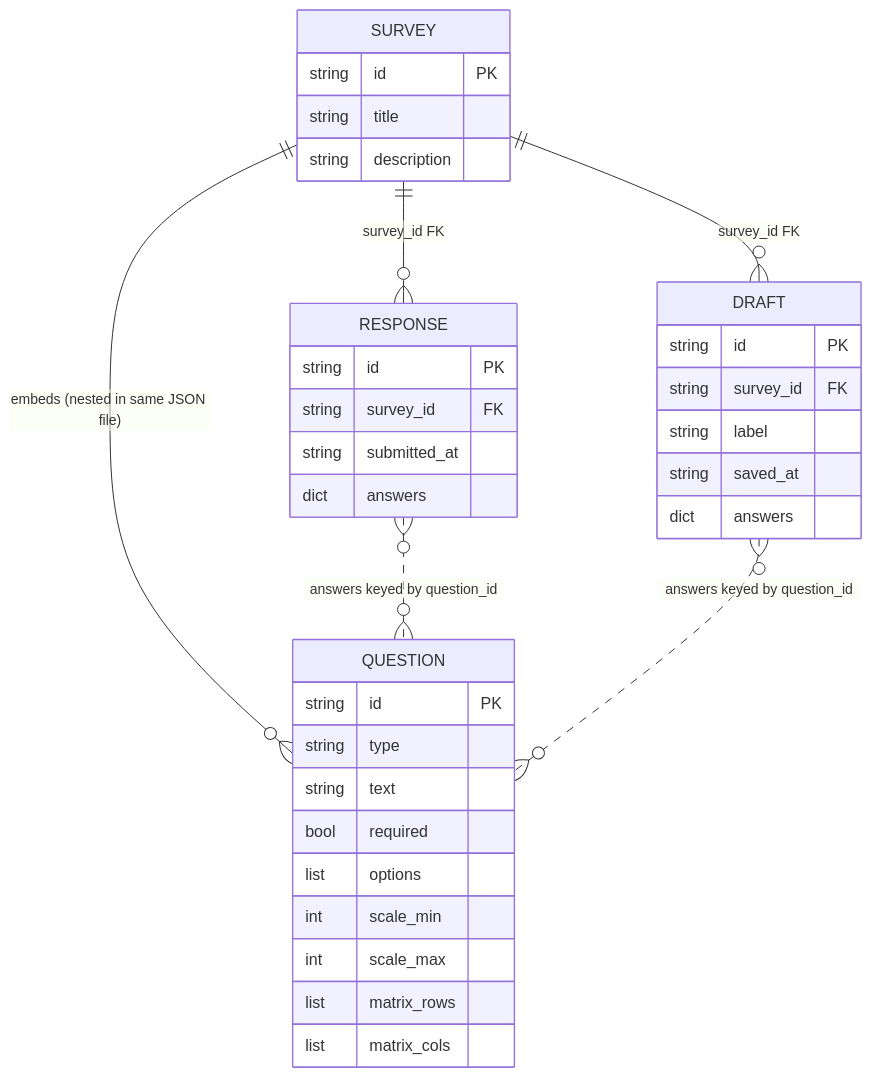
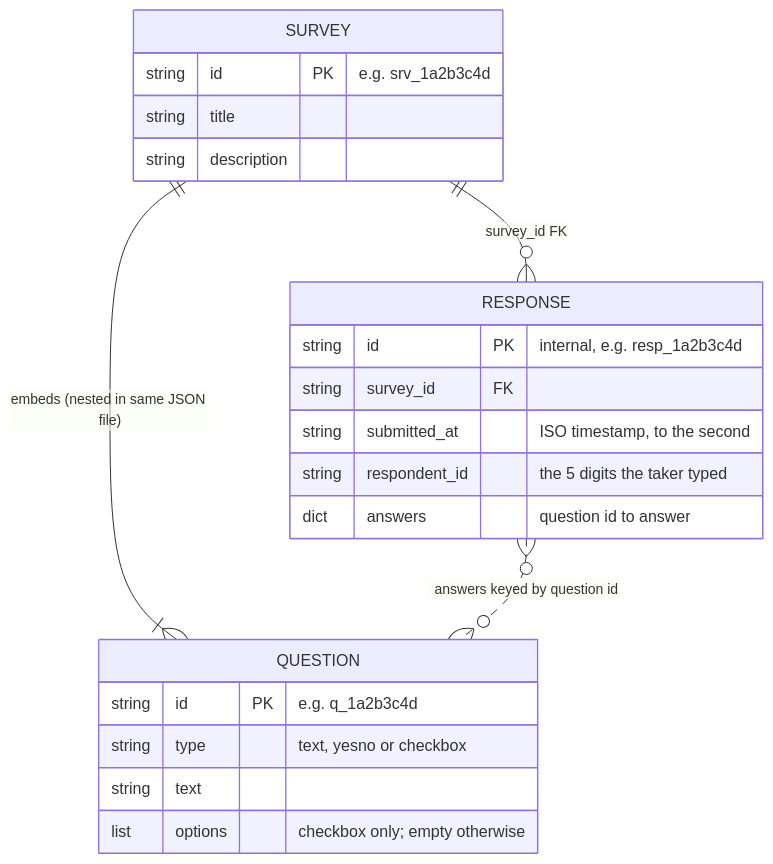
The diagram in docs/data-model.md (uwescience/ai_assisted_python_programming), drawn with Mermaid before and after one commit. The commit also changed other lines of this file and 5 other files, not shown here.

````diff
--- a/docs/data-model.md
+++ b/docs/data-model.md
@@ -6,38 +7,25 @@
 ```mermaid
 erDiagram
-    SURVEY ||--o{ QUESTION : "embeds (nested in same JSON file)"
+    SURVEY ||--|{ QUESTION : "embeds (nested in same JSON file)"
     SURVEY ||--o{ RESPONSE : "survey_id FK"
-    SURVEY ||--o{ DRAFT : "survey_id FK"
-    RESPONSE }o..o{ QUESTION : "answers keyed by question_id"
-    DRAFT }o..o{ QUESTION : "answers keyed by question_id"
+    RESPONSE }o..o{ QUESTION : "answers keyed by question id"
 
     SURVEY {
-        string id PK
+        string id PK "e.g. srv_1a2b3c4d"
         string title
         string description
     }
     QUESTION {
-        string id PK
-        string type
+        string id PK "e.g. q_1a2b3c4d"
+        string type "text, yesno or checkbox"
         string text
-        bool required
-        list options
-        int scale_min
-        int scale_max
-        list matrix_rows
-        list matrix_cols
+        list options "checkbox only; empty otherwise"
     }
     RESPONSE {
-        string id PK
+        string id PK "internal, e.g. resp_1a2b3c4d"
         string survey_id FK
-        string submitted_at
-        dict answers
-    }
-    DRAFT {
-        string id PK
-        string survey_id FK
-        string label
-        string saved_at
-        dict answers
+        string submitted_at "ISO timestamp, to the second"
+        string respondent_id "the 5 digits the taker typed"
+        dict answers "question id to answer"
     }
 ```
````
